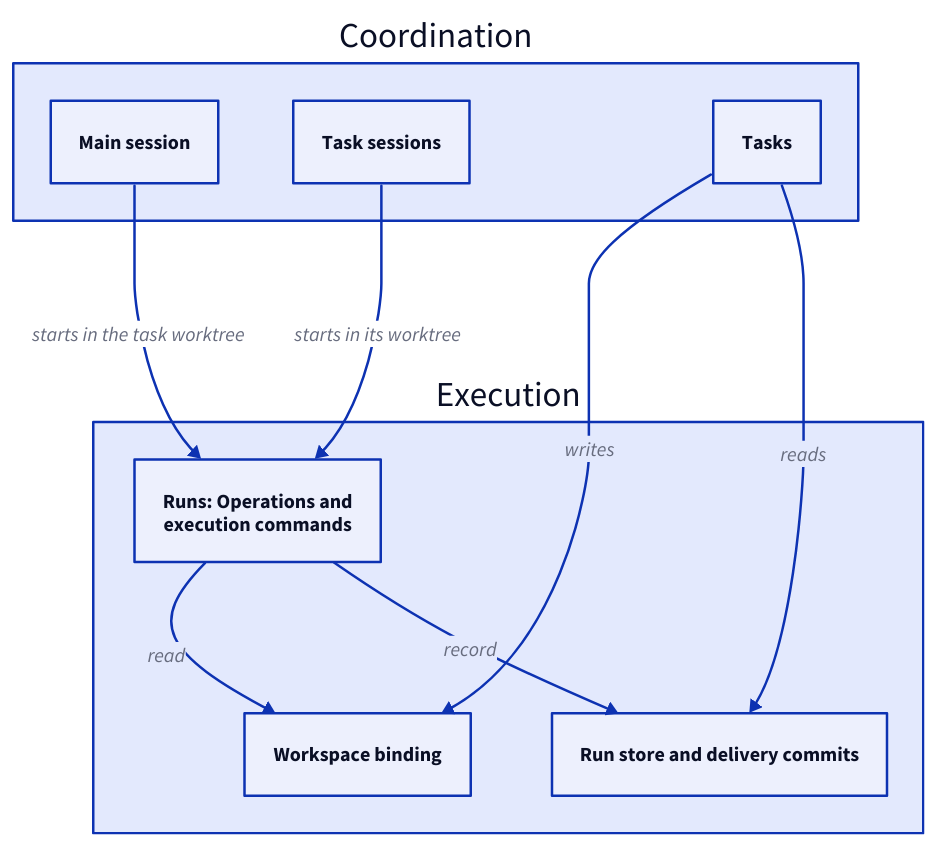
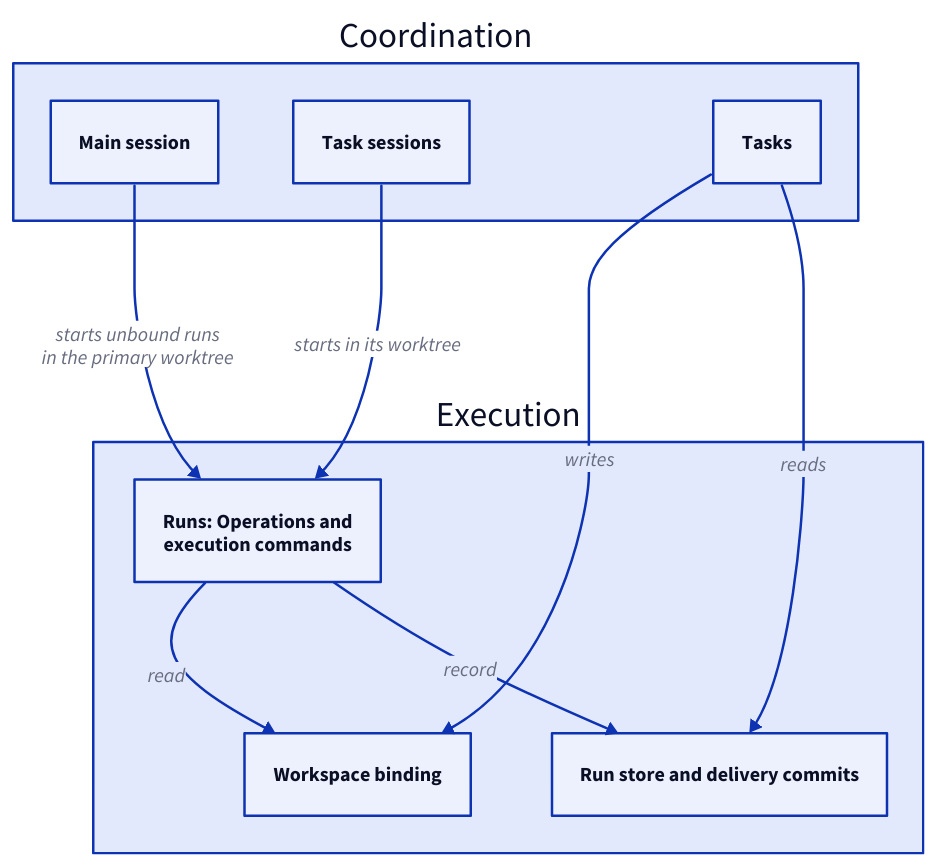
The fourth of 5 diagrams in specs/concorde/module.md (FTOD/concorde), drawn with D2 before and after one commit. The commit also changed other lines of this file and 9 other files, not shown here.

````diff
--- a/specs/concorde/module.md
+++ b/specs/concorde/module.md
@@ -312,18 +318,18 @@
 ```d2 illustrative
 coordination: Coordination {
   main: Main session
   task: Task sessions
   tasks: Tasks
 }
 execution: Execution {
   binding: Workspace binding
   runs: "Runs: Operations and\nexecution commands"
   store: Run store and delivery commits
 }
 coordination.tasks -> execution.binding: writes
-coordination.main -> execution.runs: starts in the task worktree
+coordination.main -> execution.runs: "starts unbound runs\nin the primary worktree"
 coordination.task -> execution.runs: starts in its worktree
 execution.runs -> execution.binding: read
 execution.runs -> execution.store: record
 coordination.tasks -> execution.store: reads
 ```
````
